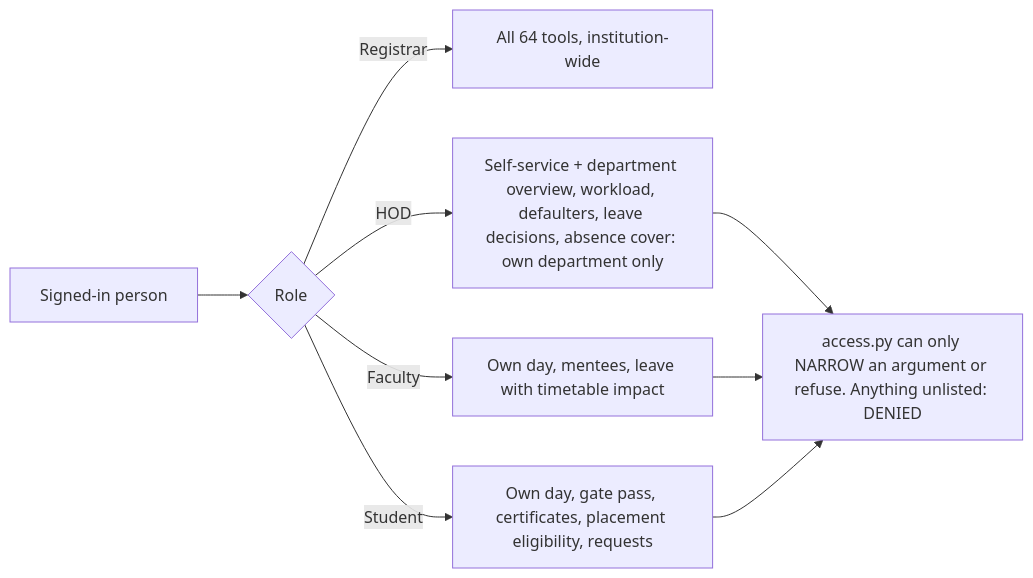
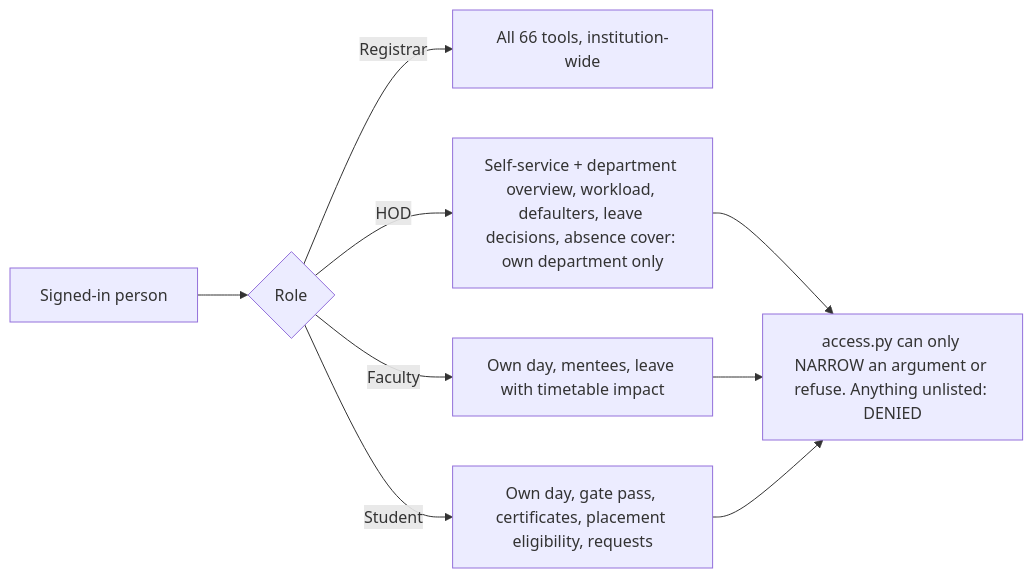
Before and after one commit to samprith02/VidyaERP: the third of 7 diagrams in README.md, drawn with Mermaid. The commit also changed other lines of this file and 14 other files, not shown here.

````diff
--- a/README.md
+++ b/README.md
@@ -499,9 +500,9 @@
 ```mermaid
 flowchart LR
   U[Signed-in person] --> R{Role}
-  R -->|Registrar| ALL[All 64 tools, institution-wide]
+  R -->|Registrar| ALL[All 66 tools, institution-wide]
   R -->|HOD| H[Self-service + department overview, workload, defaulters, leave decisions, absence cover: own department only]
   R -->|Faculty| F[Own day, mentees, leave with timetable impact]
   R -->|Student| S[Own day, gate pass, certificates, placement eligibility, requests]
   H & F & S --> N[access.py can only NARROW an argument or refuse. Anything unlisted: DENIED]
 ```
````
